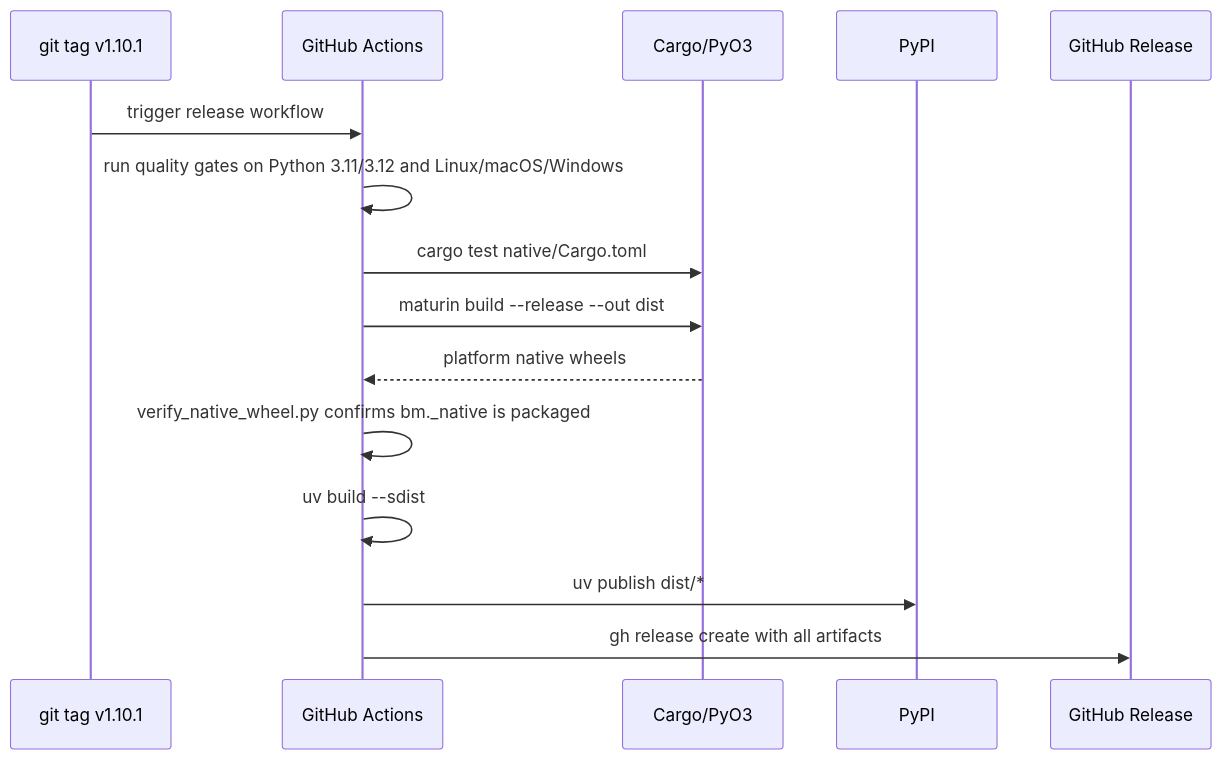
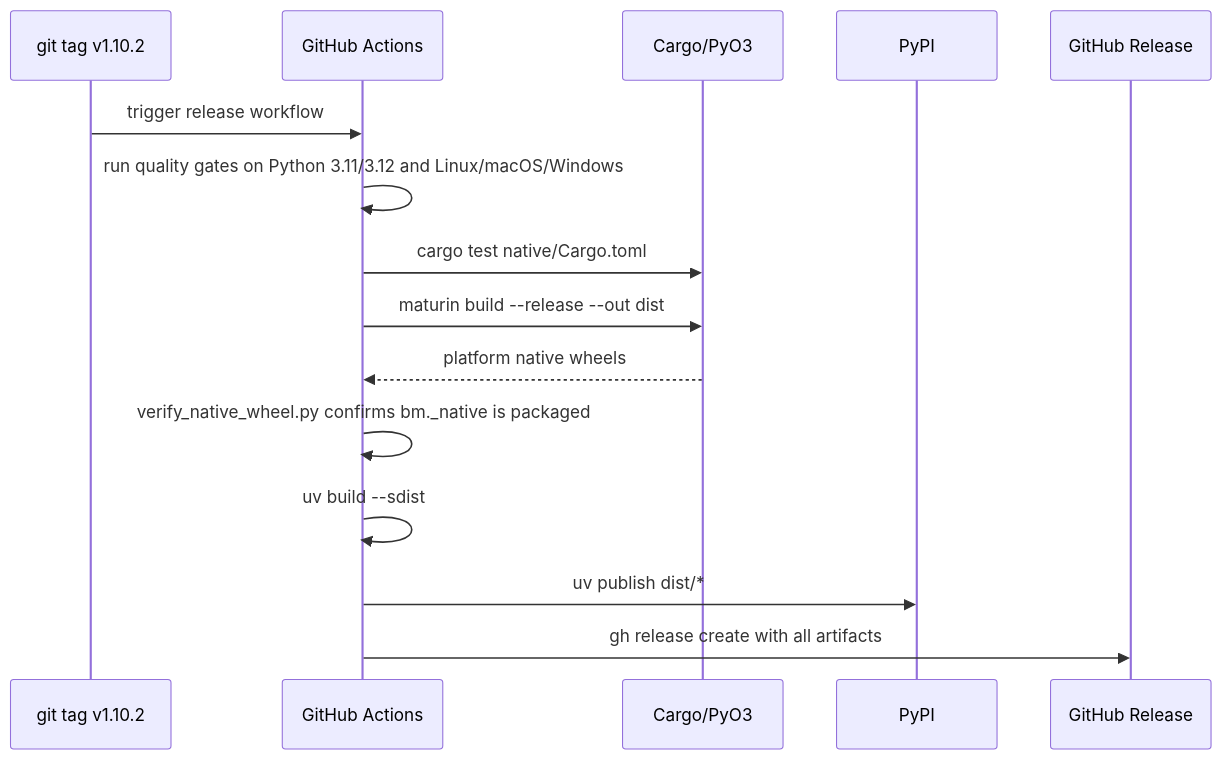
The third of 3 diagrams in docs/RELEASE_HARDENING.md (Benmore-Studio/Benmore-Meridian), drawn with Mermaid before and after one commit. The commit also changed other lines of this file and 11 other files, not shown here.

````diff
--- a/docs/RELEASE_HARDENING.md
+++ b/docs/RELEASE_HARDENING.md
@@ -62,18 +62,18 @@
 ```mermaid
 sequenceDiagram
-    participant Tag as git tag v1.10.1
+    participant Tag as git tag v1.10.2
     participant CI as GitHub Actions
     participant Rust as Cargo/PyO3
     participant PyPI as PyPI
     participant GH as GitHub Release
 
     Tag->>CI: trigger release workflow
     CI->>CI: run quality gates on Python 3.11/3.12 and Linux/macOS/Windows
     CI->>Rust: cargo test native/Cargo.toml
     CI->>Rust: maturin build --release --out dist
     Rust-->>CI: platform native wheels
     CI->>CI: verify_native_wheel.py confirms bm._native is packaged
     CI->>CI: uv build --sdist
     CI->>PyPI: uv publish dist/*
     CI->>GH: gh release create with all artifacts
 ```
````
